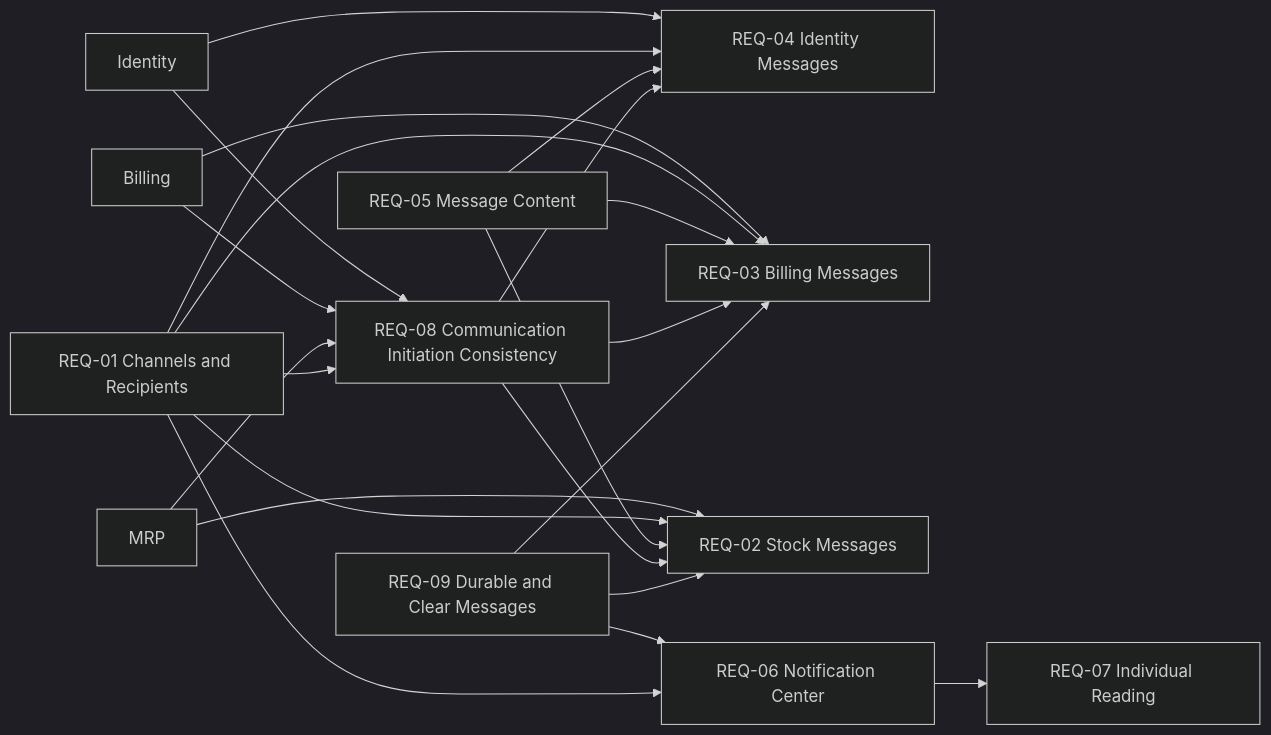
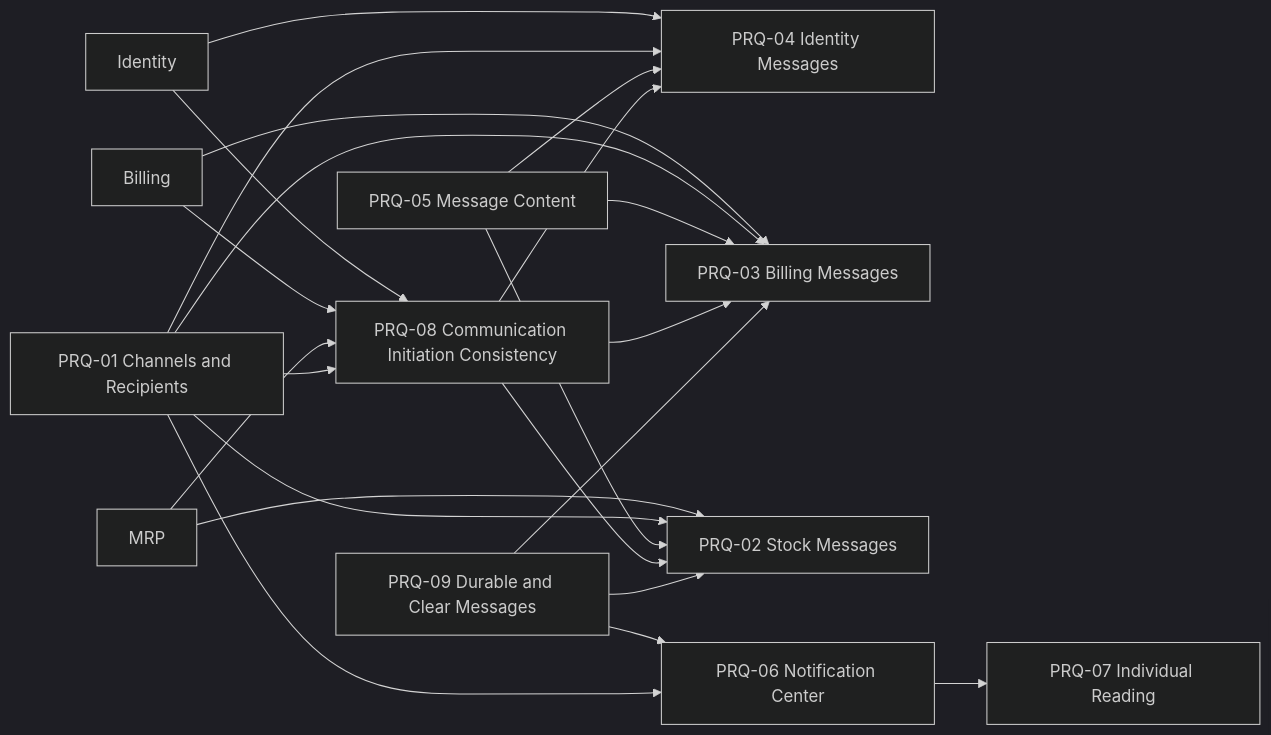
The diagram in documentation/prds/communication.md (rafinel/scoops), drawn with Mermaid (dark theme) before and after one commit. The commit also changed other lines of this file and 24 other files, not shown here.

Commit message:
docs(prd): update requirement identifiers from REQ-* to PRQ-* across multiple documents

````diff
--- a/documentation/prds/communication.md
+++ b/documentation/prds/communication.md
@@ -364,24 +379,24 @@
 ```mermaid
 flowchart LR
-    ID["Identity"] --> R4["REQ-04 Identity Messages"]
-    ID --> R8["REQ-08 Communication Initiation Consistency"]
-    BI["Billing"] --> R3["REQ-03 Billing Messages"]
+    ID["Identity"] --> R4["PRQ-04 Identity Messages"]
+    ID --> R8["PRQ-08 Communication Initiation Consistency"]
+    BI["Billing"] --> R3["PRQ-03 Billing Messages"]
     BI --> R8
-    MRP["MRP"] --> R2["REQ-02 Stock Messages"]
+    MRP["MRP"] --> R2["PRQ-02 Stock Messages"]
     MRP --> R8
-    R1["REQ-01 Channels and Recipients"] --> R2
+    R1["PRQ-01 Channels and Recipients"] --> R2
     R1 --> R3
     R1 --> R4
     R1 --> R8
-    R5["REQ-05 Message Content"] --> R2
+    R5["PRQ-05 Message Content"] --> R2
     R5 --> R3
     R5 --> R4
     R8 --> R2
     R8 --> R3
     R8 --> R4
-    R9["REQ-09 Durable and Clear Messages"] --> R2
+    R9["PRQ-09 Durable and Clear Messages"] --> R2
     R9 --> R3
-    R9 --> R6["REQ-06 Notification Center"]
+    R9 --> R6["PRQ-06 Notification Center"]
     R1 --> R6
-    R6 --> R7["REQ-07 Individual Reading"]
+    R6 --> R7["PRQ-07 Individual Reading"]
 ```
````
